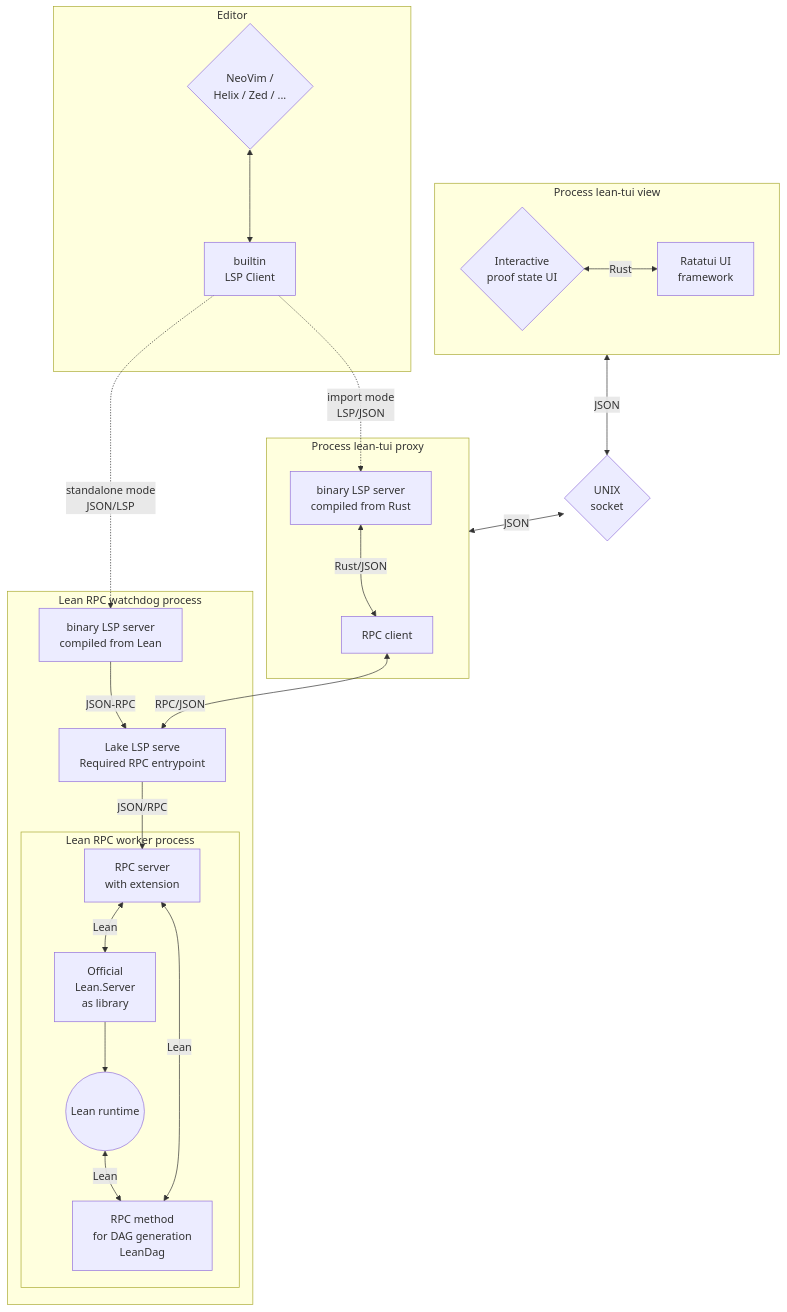
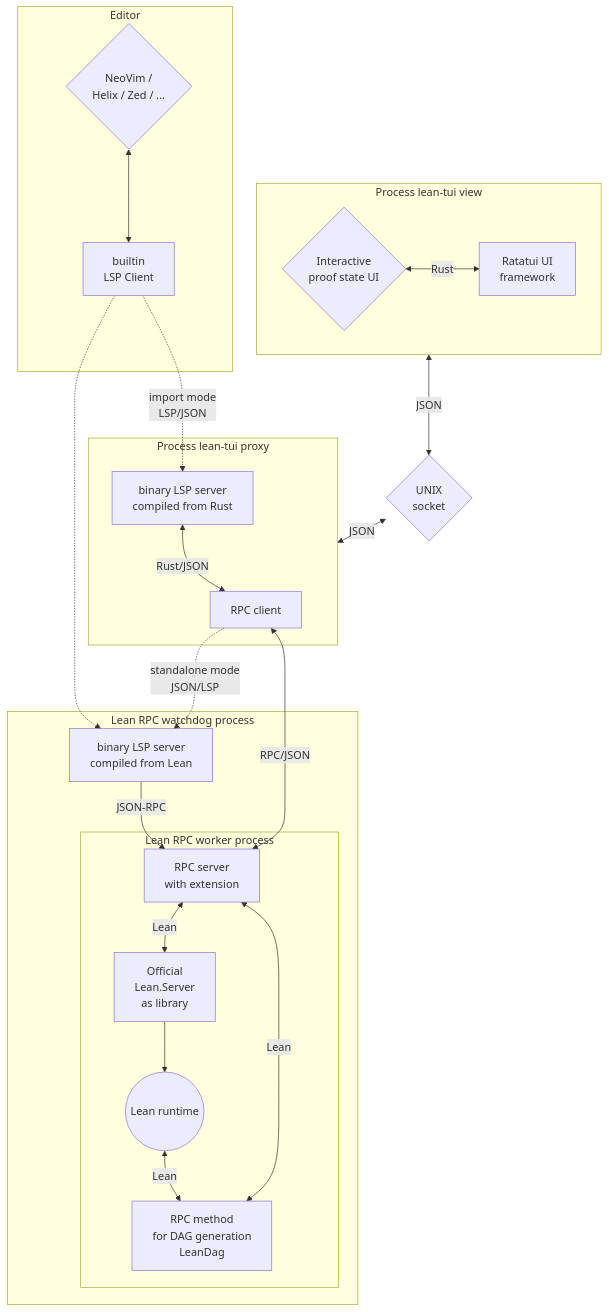
The diagram in README.md (macovedj/lean-tui), drawn with Mermaid before and after one commit. The commit also changed 2 other files, not shown here.

Commit message:
docs: make diagram match removal of watchdog

````diff
--- a/README.md
+++ b/README.md
@@ -163,68 +163,66 @@
 ```mermaid
 flowchart
 
 subgraph lean-dag-process["Lean RPC watchdog process"]
 
 
 
     subgraph lean-worker[Lean RPC worker process]
 
         lean-runtime((Lean core))
         original-lean-lsp[Official <br> Lean.Server <br> as library]
         lean-runtime((Lean runtime))
 
         custom-rpc-server["RPC server <br> with extension"]
 
         rpc-method["RPC method <br> for DAG generation <br> LeanDag"]
 
         rpc-method <-->|Lean| custom-rpc-server
         lean-runtime <-->|Lean| rpc-method
     end
 
-    lake-serve[Lake LSP serve <br> Required RPC entrypoint]
 
 
     original-lean-lsp --> lean-runtime
 
     lean-dag[binary LSP server <br> compiled from Lean]
 
-    lean-dag -->|JSON-RPC| lake-serve
+    lean-dag -->|JSON-RPC| custom-rpc-server
 
-    lake-serve -->|JSON/RPC| custom-rpc-server
 
     custom-rpc-server <-->|Lean| original-lean-lsp
 end
 
 subgraph proxy["Process lean-tui proxy"]
 
     proxy-rpc-client[RPC client]
     proxy-lsp-server[binary LSP server <br> compiled from Rust]
     proxy-lsp-server <-->|Rust/JSON| proxy-rpc-client
-    proxy-rpc-client <-->|RPC/JSON| lake-serve
+    proxy-rpc-client <-->|RPC/JSON| custom-rpc-server
 end
 
 
 
 
 subgraph TUI["Process lean-tui view"]
     info-view{Interactive <br> proof state  UI}
     ratatui[Ratatui UI <br/> framework]
     info-view <--> |Rust| ratatui
 end
 
 TUI <-->|JSON| json-socket{UNIX <br/> socket} <-->|JSON| proxy
 
 
 
 subgraph Editor
     editor-ui{"NeoVim / <br/> Helix / Zed / ..."}
     editor-lsp-client[builtin <br> LSP Client]
     editor-ui <--> editor-lsp-client
 end
 
 
 
 editor-lsp-client -.->|import mode <br> LSP/JSON| proxy-lsp-server
-
-editor-lsp-client -.->|standalone mode <br> JSON/LSP| lean-dag
+editor-lsp-client -.-> lean-dag
+proxy-rpc-client -.->|standalone mode <br> JSON/LSP| lean-dag
 ```
````
